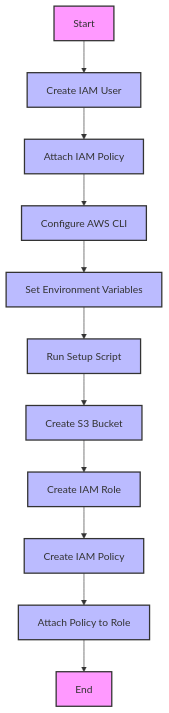
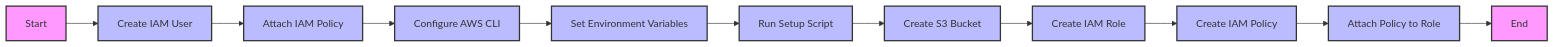
Before and after one commit to aiven/aiven-examples: the second of 6 diagrams in solutions/aiven-iceberg-tutorial/README.md, drawn with Mermaid. The commit also changed other lines of this file, not shown here.

````diff
--- a/solutions/aiven-iceberg-tutorial/README.md
+++ b/solutions/aiven-iceberg-tutorial/README.md
@@ -89,25 +89,25 @@
 ```mermaid
-flowchart TD
+flowchart LR
     A[Start] --> B[Create IAM User]
     B --> C[Attach IAM Policy]
     C --> D[Configure AWS CLI]
     D --> E[Set Environment Variables]
     E --> F[Run Setup Script]
     F --> G[Create S3 Bucket]
     G --> H[Create IAM Role]
     H --> I[Create IAM Policy]
     I --> J[Attach Policy to Role]
     J --> K[End]
 
     style A fill:#f9f,stroke:#333,stroke-width:2px
     style K fill:#f9f,stroke:#333,stroke-width:2px
     style B fill:#bbf,stroke:#333,stroke-width:2px
     style C fill:#bbf,stroke:#333,stroke-width:2px
     style D fill:#bbf,stroke:#333,stroke-width:2px
     style E fill:#bbf,stroke:#333,stroke-width:2px
     style F fill:#bbf,stroke:#333,stroke-width:2px
     style G fill:#bbf,stroke:#333,stroke-width:2px
     style H fill:#bbf,stroke:#333,stroke-width:2px
     style I fill:#bbf,stroke:#333,stroke-width:2px
     style J fill:#bbf,stroke:#333,stroke-width:2px
 ```
````
